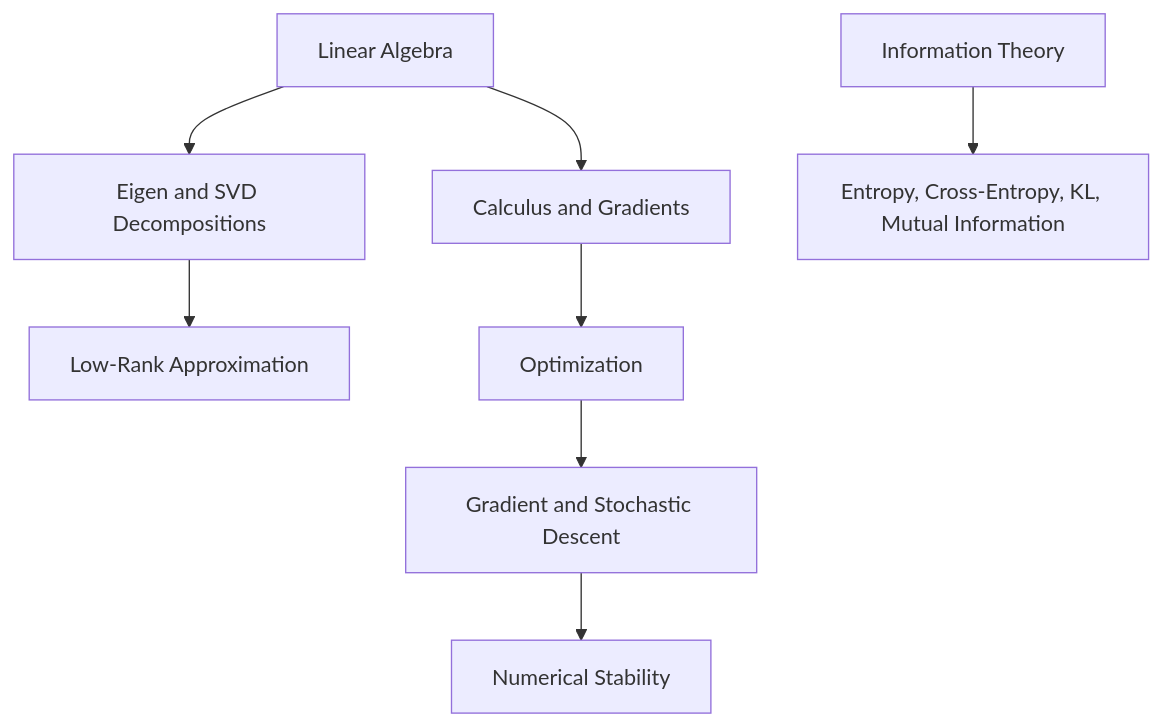
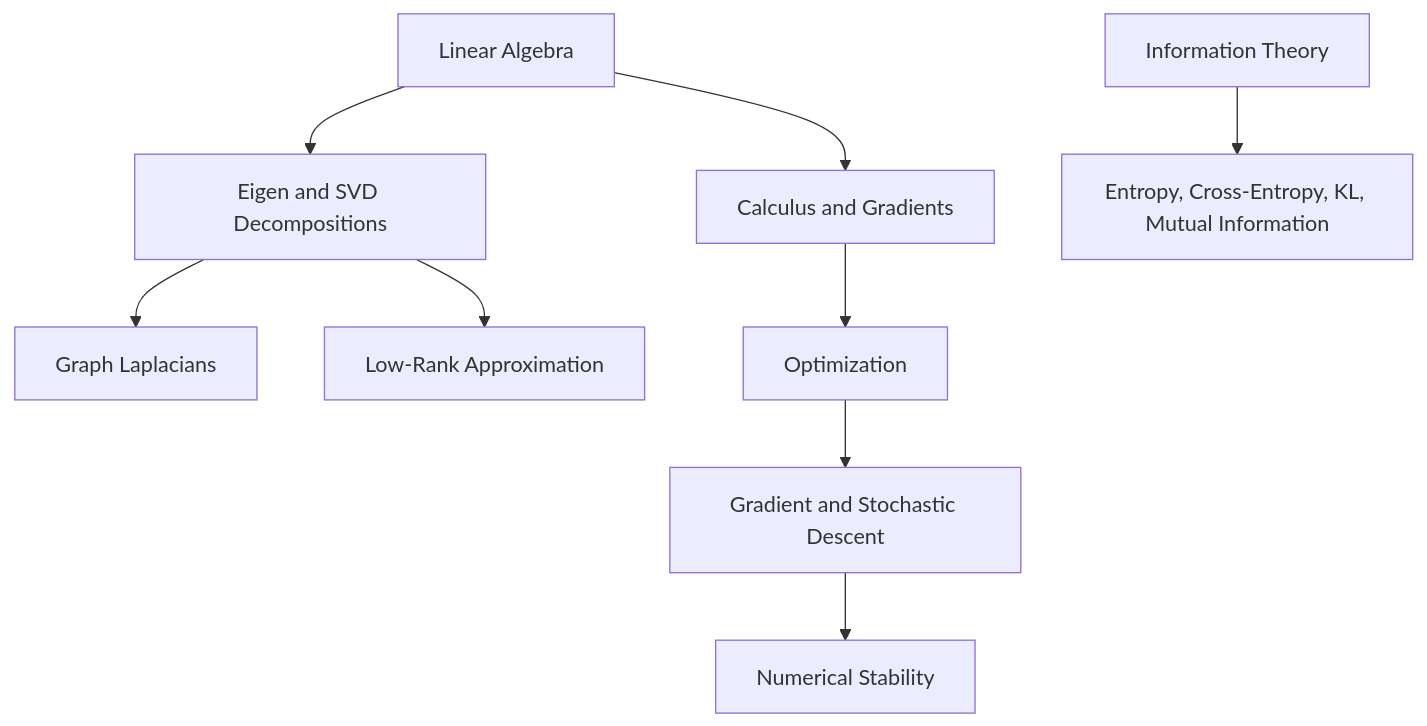
One commit to tilt/data-science-wiki changed the diagram in content/01-mathematical-foundations/index.md. Above: the diagram before and after it, drawn with Mermaid. The commit also changed other lines of this file and 91 other files, not shown here.

````diff
--- a/content/01-mathematical-foundations/index.md
+++ b/content/01-mathematical-foundations/index.md
@@ -44,10 +45,11 @@
 ```mermaid
 flowchart TD
   LA[Linear Algebra] --> Decomp[Eigen and SVD Decompositions]
+  Decomp --> Graph[Graph Laplacians]
   Decomp --> LowRank[Low-Rank Approximation]
   LA --> Calc[Calculus and Gradients]
   Calc --> Opt[Optimization]
   Opt --> GD[Gradient and Stochastic Descent]
   GD --> NumStab[Numerical Stability]
   Info[Information Theory] --> Losses[Entropy, Cross-Entropy, KL, Mutual Information]
 ```
````
